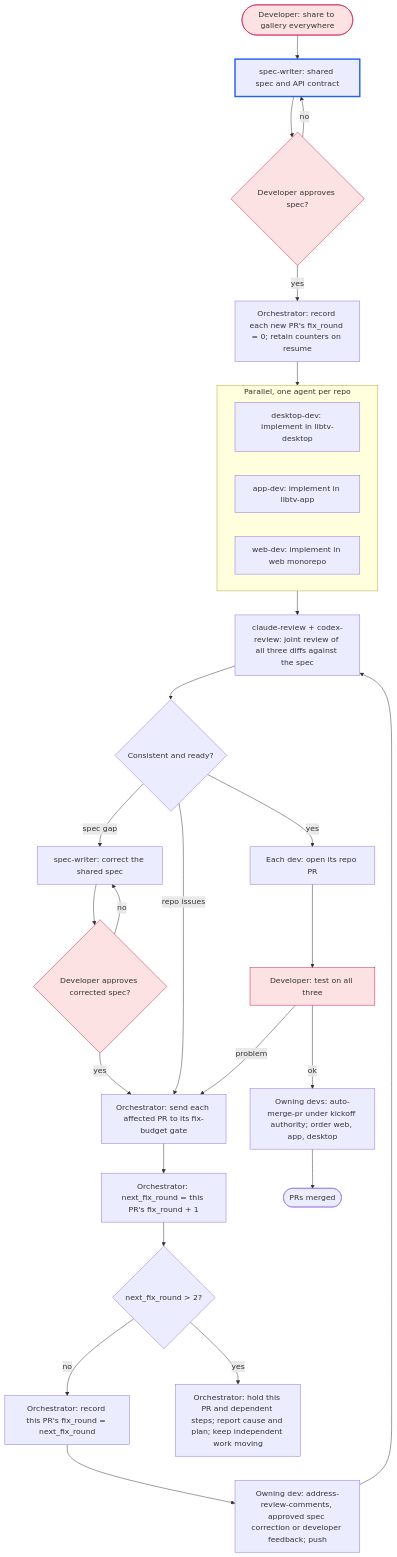
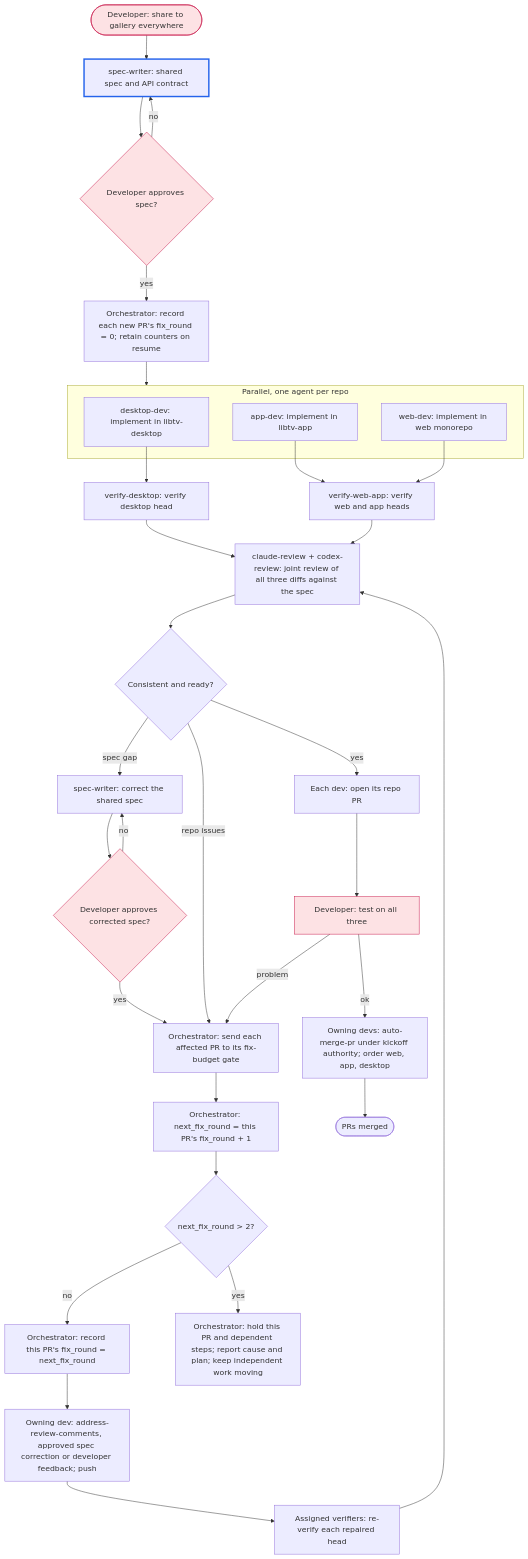
Before and after one commit to asura1234/bus: the diagram in workflows/cross-repo-feature.md, drawn with Mermaid. The commit also changed other lines of this file and 11 other files, not shown here.

````diff
--- a/workflows/cross-repo-feature.md
+++ b/workflows/cross-repo-feature.md
@@ -18,37 +18,42 @@
 ```mermaid
 flowchart TD
     start([Developer: share to gallery everywhere]):::developer --> spec
     spec[spec-writer: shared spec and API contract] --> agree{Developer approves spec?}:::developer
     agree -- no --> spec
     agree -- yes --> initround["Orchestrator: record each new PR's fix_round = 0; retain counters on resume"]
     initround --> build
 
     subgraph build [Parallel, one agent per repo]
         desktop[desktop-dev: implement in libtv-desktop]
         app[app-dev: implement in libtv-app]
         web[web-dev: implement in web monorepo]
     end
 
-    build --> joint[claude-review + codex-review: joint review of all three diffs against the spec]
+    desktop --> verifydesktop[verify-desktop: verify desktop head]
+    app --> verifywebapp[verify-web-app: verify web and app heads]
+    web --> verifywebapp
+    verifydesktop --> joint[claude-review + codex-review: joint review of all three diffs against the spec]
+    verifywebapp --> joint
     joint --> consistent{Consistent and ready?}
     consistent -- spec gap --> revisespec[spec-writer: correct the shared spec]
     revisespec --> reapprove{Developer approves corrected spec?}:::developer
     reapprove -- no --> revisespec
     reapprove -- yes --> queuefix
     consistent -- repo issues --> queuefix[Orchestrator: send each affected PR to its fix-budget gate]
     queuefix --> nextfix["Orchestrator: next_fix_round = this PR's fix_round + 1"]
     nextfix --> overbudget{"next_fix_round > 2?"}
     overbudget -- no --> countfix["Orchestrator: record this PR's fix_round = next_fix_round"]
     countfix --> fixes[Owning dev: address-review-comments, approved spec correction or developer feedback; push]
-    fixes --> joint
+    fixes --> reverify[Assigned verifiers: re-verify each repaired head]
+    reverify --> joint
     overbudget -- yes --> hold[Orchestrator: hold this PR and dependent steps; report cause and plan; keep independent work moving]
     consistent -- yes --> prs[Each dev: open its repo PR]
     prs --> test[Developer: test on all three]:::developer
     test -- problem --> queuefix
     test -- ok --> merge[Owning devs: auto-merge-pr under kickoff authority; order web, app, desktop]
     merge --> merged([PRs merged])
 
     classDef developer fill:#fde2e4,stroke:#c9184a
     classDef current stroke-width:3px,stroke:#2563eb
     class spec current
 ```
````
